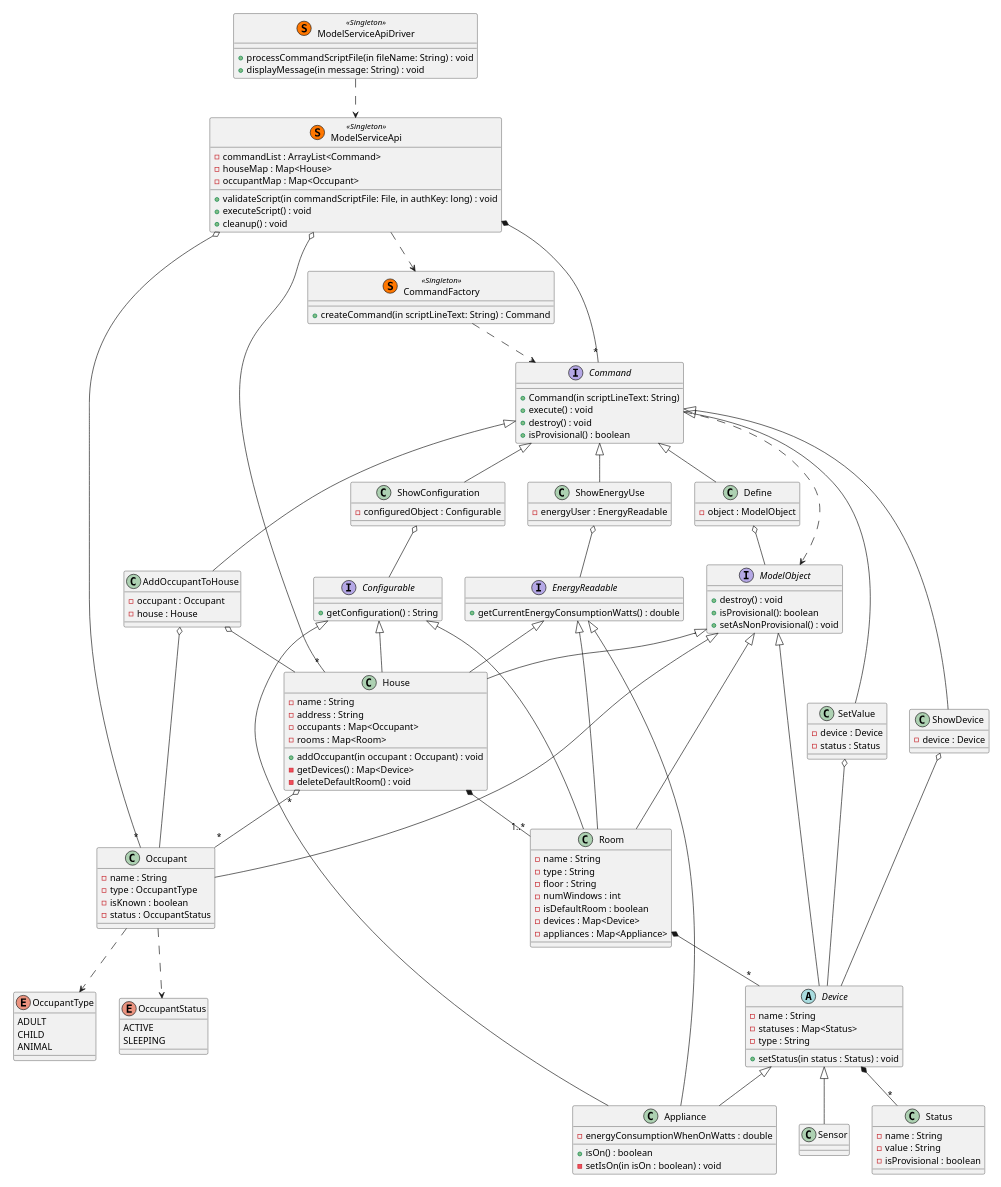
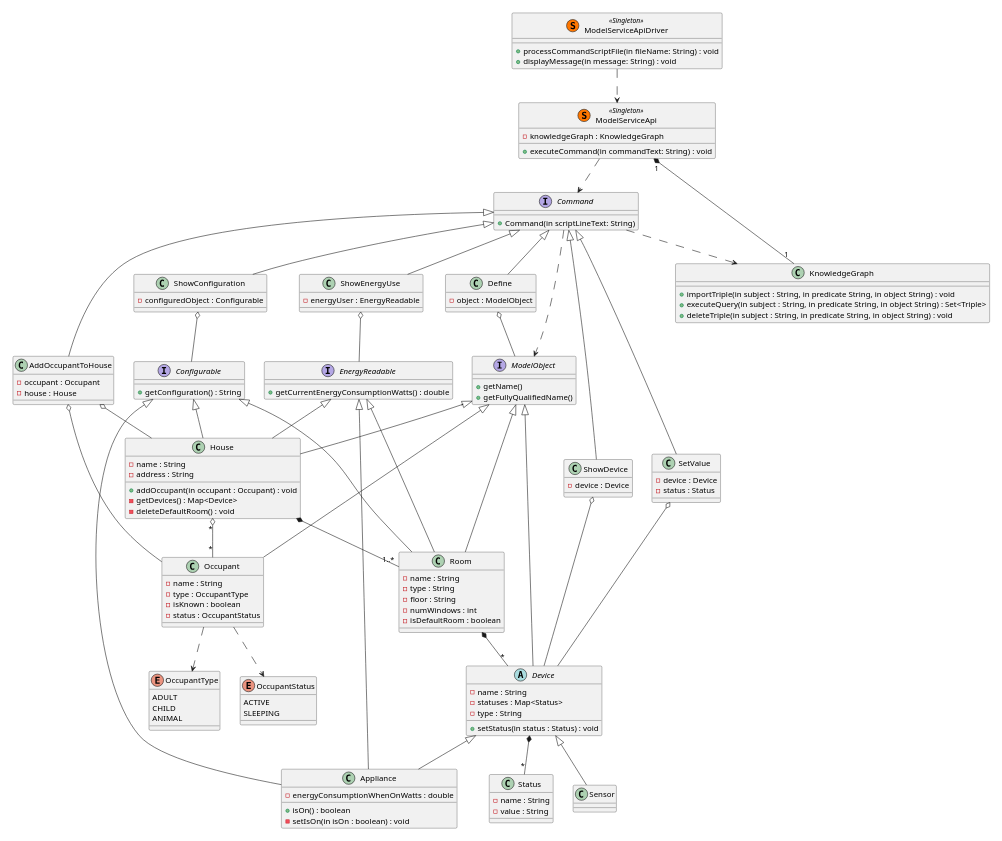
Before and after one commit to erikorlowski/cscie97: the third of 3 diagrams in cscie97/asn2/Design.md, drawn with PlantUML. The commit also changed other lines of this file, not shown here.

Commit message:
Actually reading the architecture document is helpful...

```diff
--- a/cscie97/asn2/Design.md
+++ b/cscie97/asn2/Design.md
@@ -288,23 +276,12 @@
 }
 
 class ModelServiceApi << (S,#FF7700) Singleton >> {
-    - commandList : ArrayList<Command>
-    - houseMap : Map<House>
-    - occupantMap : Map<Occupant>
-    + validateScript(in commandScriptFile: File, in authKey: long) : void
-    + executeScript() : void
-    + cleanup() : void
-}
-
-class CommandFactory << (S,#FF7700) Singleton >> {
-    + createCommand(in scriptLineText: String) : Command
+    - knowledgeGraph : KnowledgeGraph
+    + executeCommand(in commandText: String) : void
 }
 
 interface Command {
     + Command(in scriptLineText: String)
-    + execute() : void
-    + destroy() : void
-    + isProvisional() : boolean
 }
 
 class Define {
@@ -334,16 +311,13 @@
 }
 
 interface ModelObject {
-    + destroy() : void
-    + isProvisional(): boolean
-    + setAsNonProvisional() : void
+    + getName()
+    + getFullyQualifiedName()
 }
 
 class House {
     - name : String
     - address : String
-    - occupants : Map<Occupant>
-    - rooms : Map<Room>
     + addOccupant(in occupant : Occupant) : void
     - getDevices() : Map<Device>
     - deleteDefaultRoom() : void
@@ -355,8 +329,6 @@
     - floor : String
     - numWindows : int
     - isDefaultRoom : boolean
-    - devices : Map<Device>
-    - appliances : Map<Appliance>
 }
 
 class Occupant {
@@ -397,7 +369,6 @@
 class Status {
     - name : String
     - value : String
-    - isProvisional : boolean
 }
 
 interface EnergyReadable {
@@ -408,12 +379,16 @@
     + getConfiguration() : String
 }
 
+class KnowledgeGraph {
+    + importTriple(in subject : String, in predicate String, in object String) : void
+    + executeQuery(in subject : String, in predicate String, in object String) : Set<Triple>
+    + deleteTriple(in subject : String, in predicate String, in object String) : void
+}
+
 ModelServiceApiDriver ..> ModelServiceApi
-ModelServiceApi o-- "*" House
-ModelServiceApi o-- "*" Occupant
-ModelServiceApi ..> CommandFactory
-ModelServiceApi *-- "*" Command
-CommandFactory ..> Command
+ModelServiceApi "1" *-- "1" KnowledgeGraph
+ModelServiceApi ..> Command
+Command ..> KnowledgeGraph
 Occupant ..> OccupantType
 Occupant ..> OccupantStatus
 Define o-- ModelObject
```
